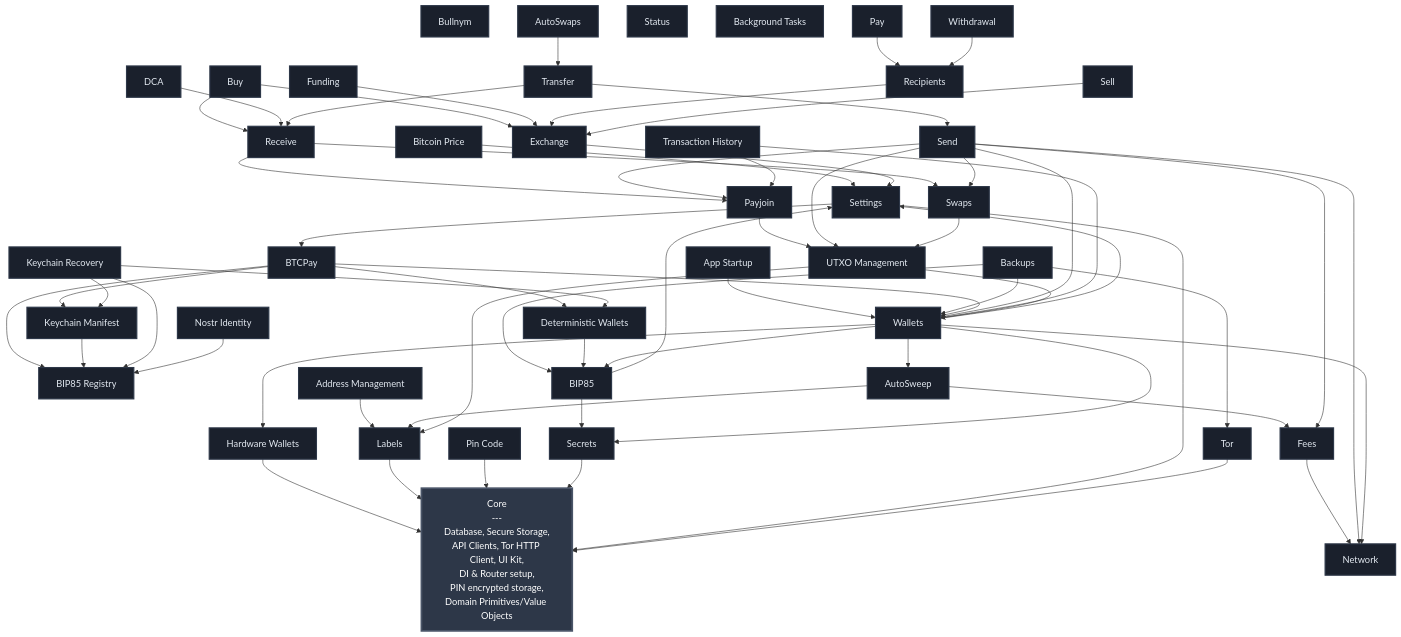
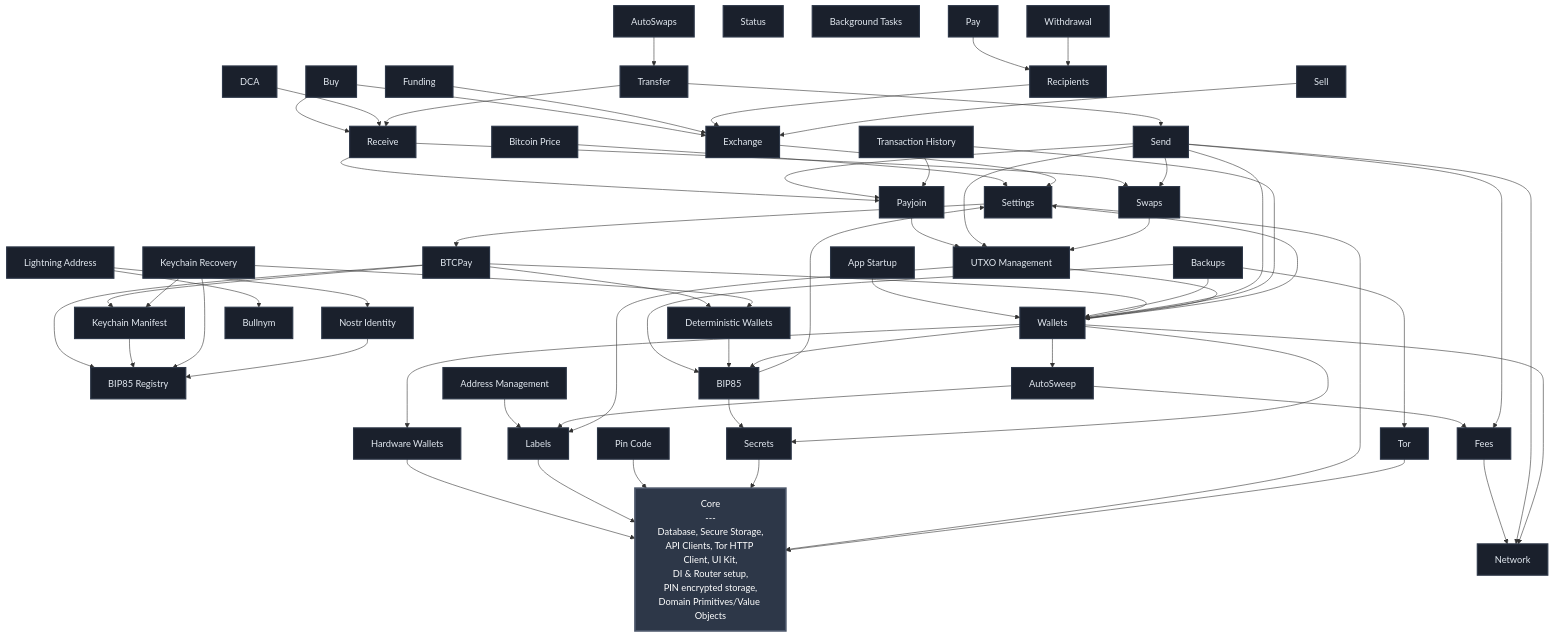
Before and after one commit to BullishNode/bullbitcoin-mobile: the diagram in FEATURES.md, drawn with Mermaid. The commit also changed 9 other files, not shown here.

Commit message:
feat(lightning_address): add registration foundation

````diff
--- a/FEATURES.md
+++ b/FEATURES.md
@@ -26,6 +26,7 @@
     KEYCHAIN_RECOVERY[Keychain Recovery]
     NOSTR_IDENTITY[Nostr Identity]
     BULLNYM[Bullnym]
+    LIGHTNING_ADDRESS[Lightning Address]
     NETWORK[Network]
     BIP85[BIP85]
     FEES[Fees]
@@ -78,6 +79,8 @@
     KEYCHAIN_RECOVERY --> DETERMINISTIC_WALLETS
     KEYCHAIN_RECOVERY --> KEYCHAIN_MANIFEST
     NOSTR_IDENTITY --> BIP85_REGISTRY
+    LIGHTNING_ADDRESS --> BULLNYM
+    LIGHTNING_ADDRESS --> NOSTR_IDENTITY
     BUY --> EXCHANGE
     BUY --> RECEIVE
     DCA --> RECEIVE
@@ -123,5 +126,5 @@
     classDef featureStyle fill:#1a202c,stroke:#2d3748,stroke-width:2px,color:#e2e8f0
 
     class CORE coreStyle
-    class SETTINGS,TOR,PIN_CODE,LABELS,SECRETS,HW_WALLETS,BTC_PRICE,BTCPAY,BIP85_REGISTRY,DETERMINISTIC_WALLETS,KEYCHAIN_MANIFEST,KEYCHAIN_RECOVERY,NOSTR_IDENTITY,BULLNYM,NETWORK,BIP85,FEES,WALLETS,EXCHANGE,APP_STARTUP,UTXO_MGMT,ADDRESS_MGMT,RECIPIENTS,FUNDING,BACKUPS,SWAPS,PAYJOIN,WITHDRAWAL,STATUS,SEND,RECEIVE,TRANSFER,TX_HISTORY,BG_TASKS,AUTOSWAPS,AUTOSWEEP,DCA,SELL,PAY,BUY featureStyle
+    class SETTINGS,TOR,PIN_CODE,LABELS,SECRETS,HW_WALLETS,BTC_PRICE,BTCPAY,BIP85_REGISTRY,DETERMINISTIC_WALLETS,KEYCHAIN_MANIFEST,KEYCHAIN_RECOVERY,NOSTR_IDENTITY,BULLNYM,LIGHTNING_ADDRESS,NETWORK,BIP85,FEES,WALLETS,EXCHANGE,APP_STARTUP,UTXO_MGMT,ADDRESS_MGMT,RECIPIENTS,FUNDING,BACKUPS,SWAPS,PAYJOIN,WITHDRAWAL,STATUS,SEND,RECEIVE,TRANSFER,TX_HISTORY,BG_TASKS,AUTOSWAPS,AUTOSWEEP,DCA,SELL,PAY,BUY featureStyle
 ```
````
